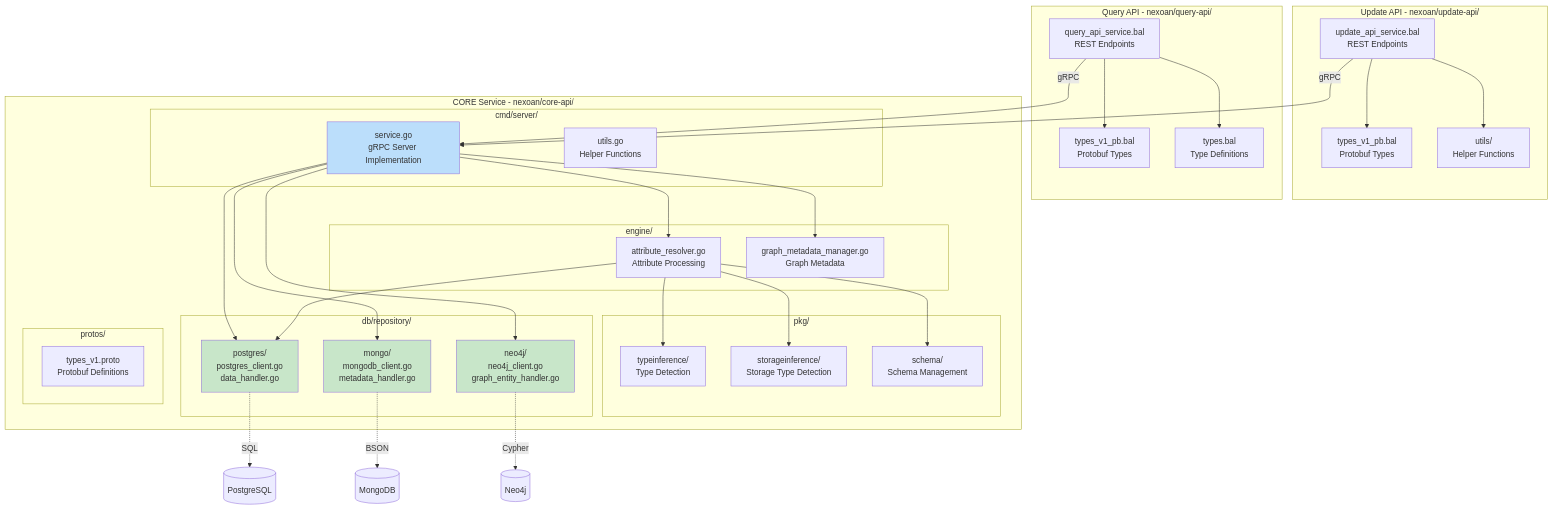
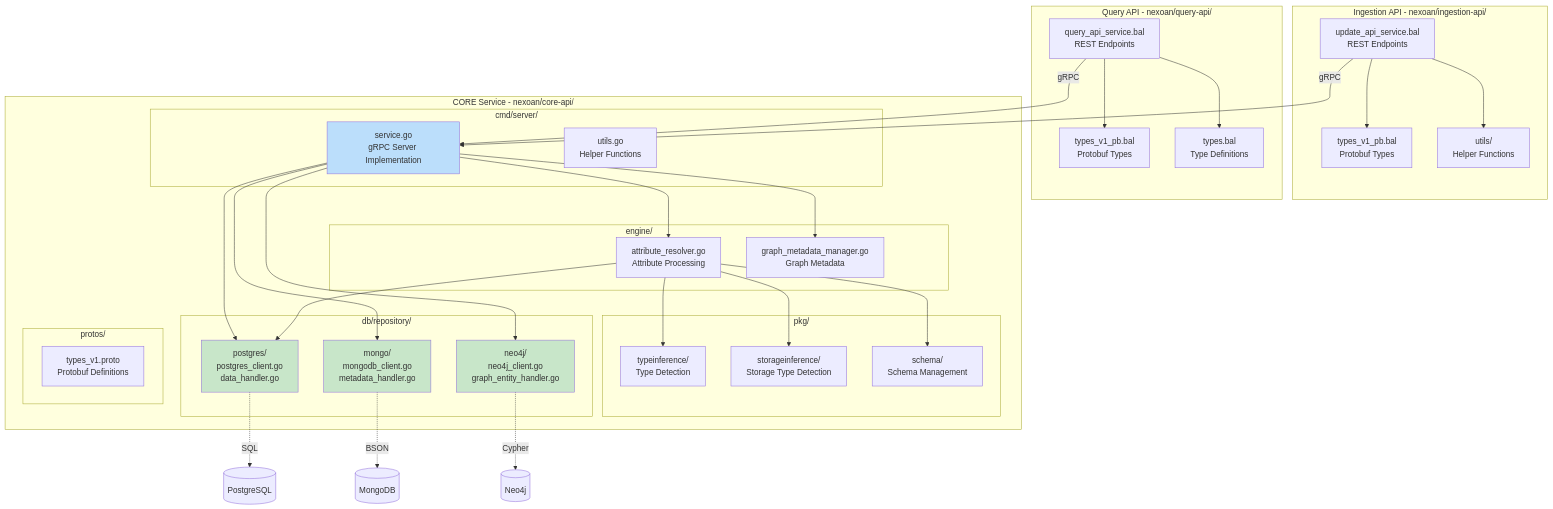
One commit to LDFLK/nexoan changed the fourth of 10 diagrams in docs/architecture/diagrams.md. Above: the diagram before and after it, drawn with Mermaid. The commit also changed other lines of this file and 24 other files, not shown here.

Commit message:
Refactor Update API to Ingestion API

````diff
--- a/docs/architecture/diagrams.md
+++ b/docs/architecture/diagrams.md
@@ -188,71 +188,71 @@
 ```mermaid
 graph TB
-    subgraph "Update API - nexoan/update-api/"
+    subgraph "Ingestion API - nexoan/ingestion-api/"
         UA_Service[update_api_service.bal<br/>REST Endpoints]
         UA_Types[types_v1_pb.bal<br/>Protobuf Types]
         UA_Utils[utils/<br/>Helper Functions]
         
         UA_Service --> UA_Types
         UA_Service --> UA_Utils
     end
     
     subgraph "Query API - nexoan/query-api/"
         QA_Service[query_api_service.bal<br/>REST Endpoints]
         QA_Types[types_v1_pb.bal<br/>Protobuf Types]
         QA_Utils[types.bal<br/>Type Definitions]
         
         QA_Service --> QA_Types
         QA_Service --> QA_Utils
     end
     
     subgraph "CORE Service - nexoan/core-api/"
         subgraph "cmd/server/"
             Server[service.go<br/>gRPC Server Implementation]
             Utils[utils.go<br/>Helper Functions]
         end
         
         subgraph "engine/"
             AttrResolver[attribute_resolver.go<br/>Attribute Processing]
             GraphMgr[graph_metadata_manager.go<br/>Graph Metadata]
         end
         
         subgraph "pkg/"
             TypeInf[typeinference/<br/>Type Detection]
             StorageInf[storageinference/<br/>Storage Type Detection]
             Schema[schema/<br/>Schema Management]
         end
         
         subgraph "db/repository/"
             MongoRepo[mongo/<br/>mongodb_client.go<br/>metadata_handler.go]
             Neo4jRepo[neo4j/<br/>neo4j_client.go<br/>graph_entity_handler.go]
             PostgresRepo[postgres/<br/>postgres_client.go<br/>data_handler.go]
         end
         
         subgraph "protos/"
             Proto[types_v1.proto<br/>Protobuf Definitions]
         end
         
         Server --> AttrResolver
         Server --> GraphMgr
         Server --> MongoRepo
         Server --> Neo4jRepo
         Server --> PostgresRepo
         
         AttrResolver --> TypeInf
         AttrResolver --> StorageInf
         AttrResolver --> Schema
         AttrResolver --> PostgresRepo
     end
     
     UA_Service -->|gRPC| Server
     QA_Service -->|gRPC| Server
     
     MongoRepo -.->|BSON| MongoDB[(MongoDB)]
     Neo4jRepo -.->|Cypher| Neo4j[(Neo4j)]
     PostgresRepo -.->|SQL| PostgreSQL[(PostgreSQL)]
     
     style Server fill:#bbdefb
     style MongoRepo fill:#c8e6c9
     style Neo4jRepo fill:#c8e6c9
     style PostgresRepo fill:#c8e6c9
 ```
````
